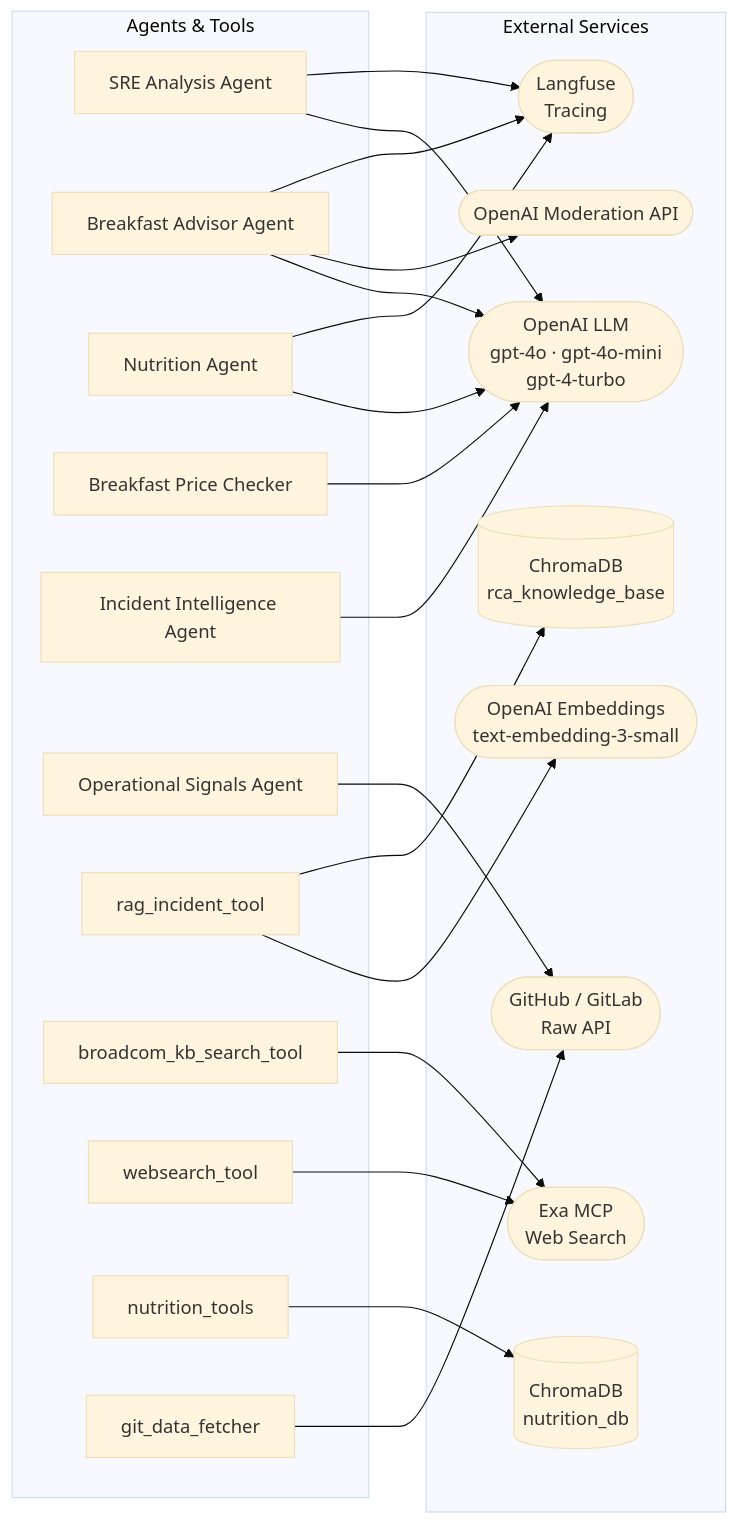
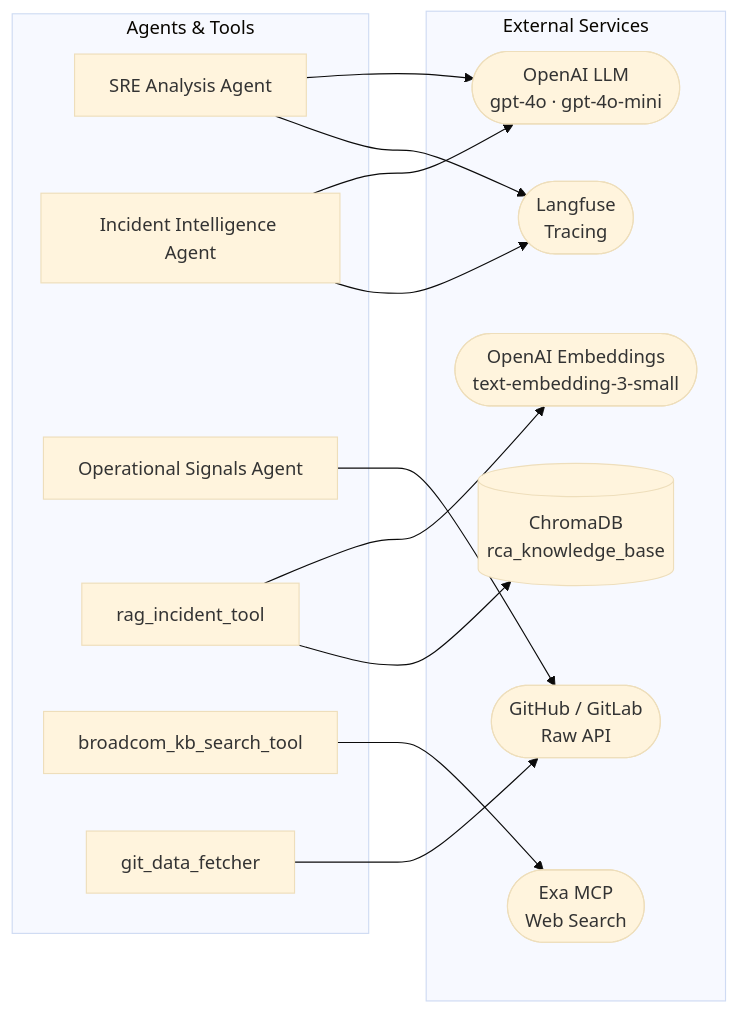
One commit to cbagade/sre-automation changed the sixth of 6 diagrams in docs/agent_architecture.md. Above: the diagram before and after it, drawn with Mermaid (base theme). The commit also changed other lines of this file and 14 other files, not shown here.

````diff
--- a/docs/agent_architecture.md
+++ b/docs/agent_architecture.md
@@ -307,46 +232,32 @@
 ```mermaid
 graph LR
     subgraph AGENTS["Agents & Tools"]
         A1[SRE Analysis Agent]
-        A2[Breakfast Advisor Agent]
-        A3[Nutrition Agent]
-        A4[Breakfast Price Checker]
-        A5[Incident Intelligence Agent]
-        A6[Operational Signals Agent]
+        A2[Incident Intelligence Agent]
+        A3[Operational Signals Agent]
         T1[rag_incident_tool]
         T2[broadcom_kb_search_tool]
-        T3[websearch_tool]
-        T4[nutrition_tools]
-        T5[git_data_fetcher]
+        T3[git_data_fetcher]
     end
 
     subgraph EXTERNAL["External Services"]
-        OAI_LLM([OpenAI LLM\ngpt-4o · gpt-4o-mini\ngpt-4-turbo])
+        OAI_LLM([OpenAI LLM\ngpt-4o · gpt-4o-mini])
         OAI_EMB([OpenAI Embeddings\ntext-embedding-3-small])
-        OAI_MOD([OpenAI Moderation API])
         CHROMA_RCA[(ChromaDB\nrca_knowledge_base)]
-        CHROMA_NUT[(ChromaDB\nnutrition_db)]
         EXA_MCP([Exa MCP\nWeb Search])
         GIT([GitHub / GitLab\nRaw API])
         LANGFUSE([Langfuse\nTracing])
     end
 
     A1 --> OAI_LLM
     A2 --> OAI_LLM
-    A2 --> OAI_MOD
-    A3 --> OAI_LLM
-    A4 --> OAI_LLM
-    A5 --> OAI_LLM
 
     T1 --> OAI_EMB
     T1 --> CHROMA_RCA
-    T4 --> CHROMA_NUT
     T2 --> EXA_MCP
-    T3 --> EXA_MCP
-    T5 --> GIT
-    A6 --> GIT
+    T3 --> GIT
+    A3 --> GIT
 
     A1 --> LANGFUSE
     A2 --> LANGFUSE
-    A3 --> LANGFUSE
 ```
````
